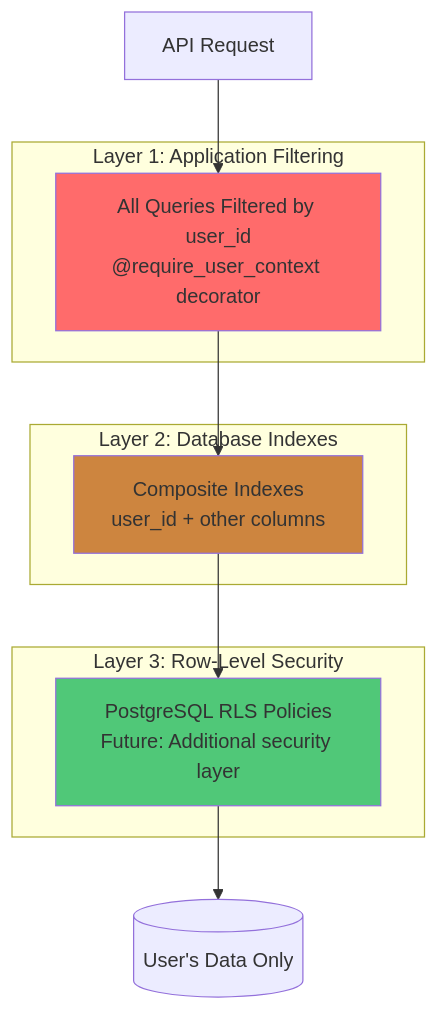
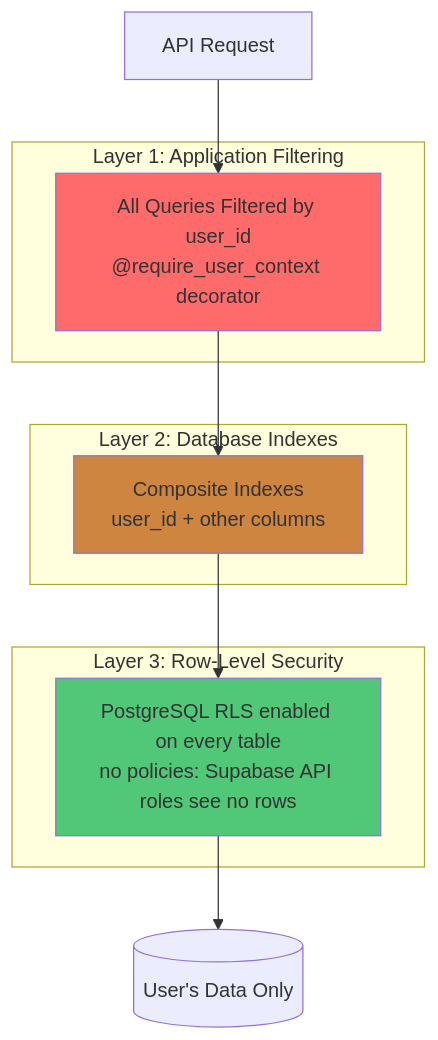
Diagram 12 of 21 in docs/ARCHITECTURE.md (Ujjwaljain16/Fuze), drawn with Mermaid before and after one commit. The commit also changed other lines of this file and 6 other files, not shown here.

First line of the commit message:
docs: architecture, API and security docs describe the code as it is

````diff
--- a/docs/ARCHITECTURE.md
+++ b/docs/ARCHITECTURE.md
@@ -772,23 +762,23 @@
 ```mermaid
 graph TB
     subgraph "Layer 1: Application Filtering"
         AppFilter[All Queries Filtered by user_id<br/>@require_user_context decorator]
     end
     
     subgraph "Layer 2: Database Indexes"
         UserIndex[Composite Indexes<br/>user_id + other columns]
     end
     
     subgraph "Layer 3: Row-Level Security"
-        RLS[PostgreSQL RLS Policies<br/>Future: Additional security layer]
+        RLS[PostgreSQL RLS enabled on every table<br/>no policies: Supabase API roles see no rows]
     end
     
     Request[API Request] --> AppFilter
     AppFilter --> UserIndex
     UserIndex --> RLS
     RLS --> Data[(User's Data Only)]
     
     style AppFilter fill:#ff6b6b
     style UserIndex fill:#cd853f
     style RLS fill:#50c878
 ```
````
